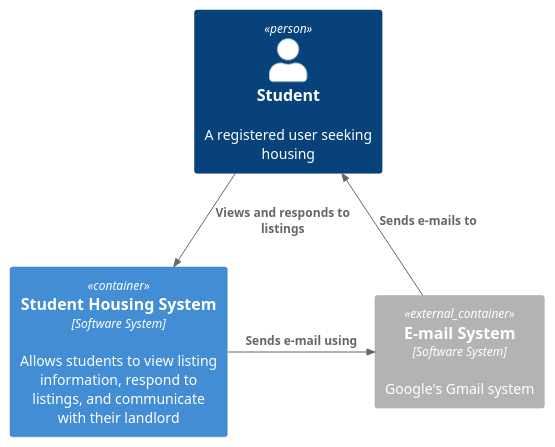
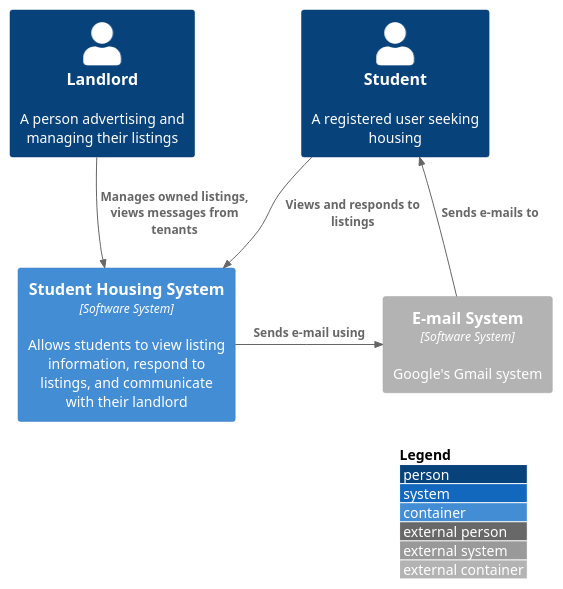
The diagram in docs/uml-diagrams/c1-diagram.puml (lex-kort/s3-roomies-backend), drawn with PlantUML before and after one commit. The commit also changed 3 other files, not shown here.

Commit message:
Update C4 diagrams

```diff
--- a/docs/uml-diagrams/c1-diagram.puml
+++ b/docs/uml-diagrams/c1-diagram.puml
@@ -1,13 +1,19 @@
 @startuml "C1 Diagram"
 !include https://raw.githubusercontent.com/plantuml-stdlib/C4-PlantUML/master/C4_Container.puml
+
+LAYOUT_WITH_LEGEND()
 
 AddRelTag("dashedLine", $lineStyle=DashedLine())
 
 Person(student, "Student", "A registered user seeking housing")
+Person(landlord, "Landlord", "A person advertising and managing their listings")
+
 Container(web_app, "Student Housing System", "Software System", "Allows students to view listing information, respond to listings, and communicate with their landlord")
 Container_Ext(mail_serv, "E-mail System", "Software System", "Google's Gmail system")
 
 Rel(student, web_app, "Views and responds to listings")
+Rel(landlord, web_app, "Manages owned listings, views messages from tenants")
+
 Rel_R(web_app, mail_serv, "Sends e-mail using")
 Rel_U(mail_serv, student, "Sends e-mails to")
 @enduml
```
